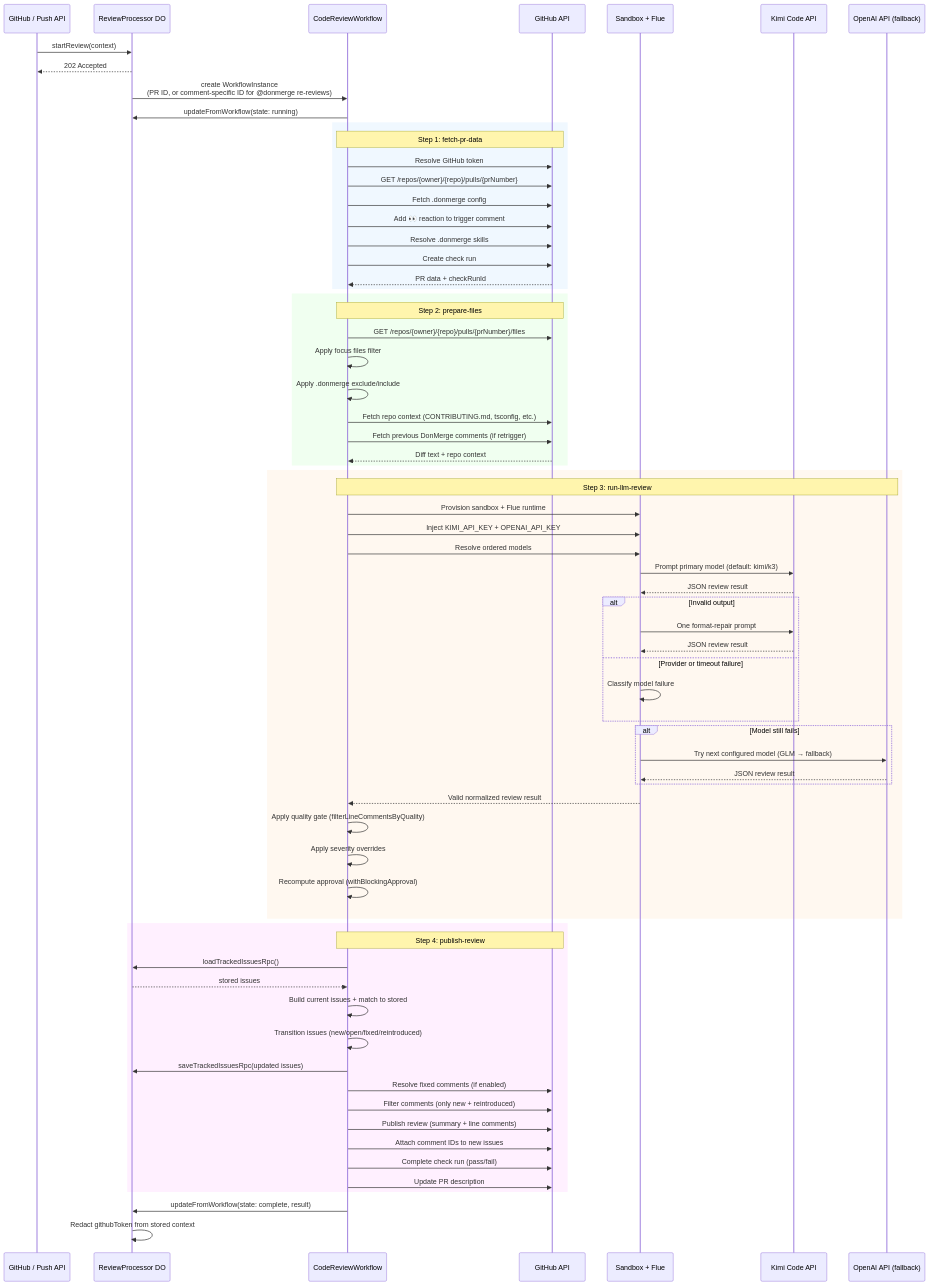
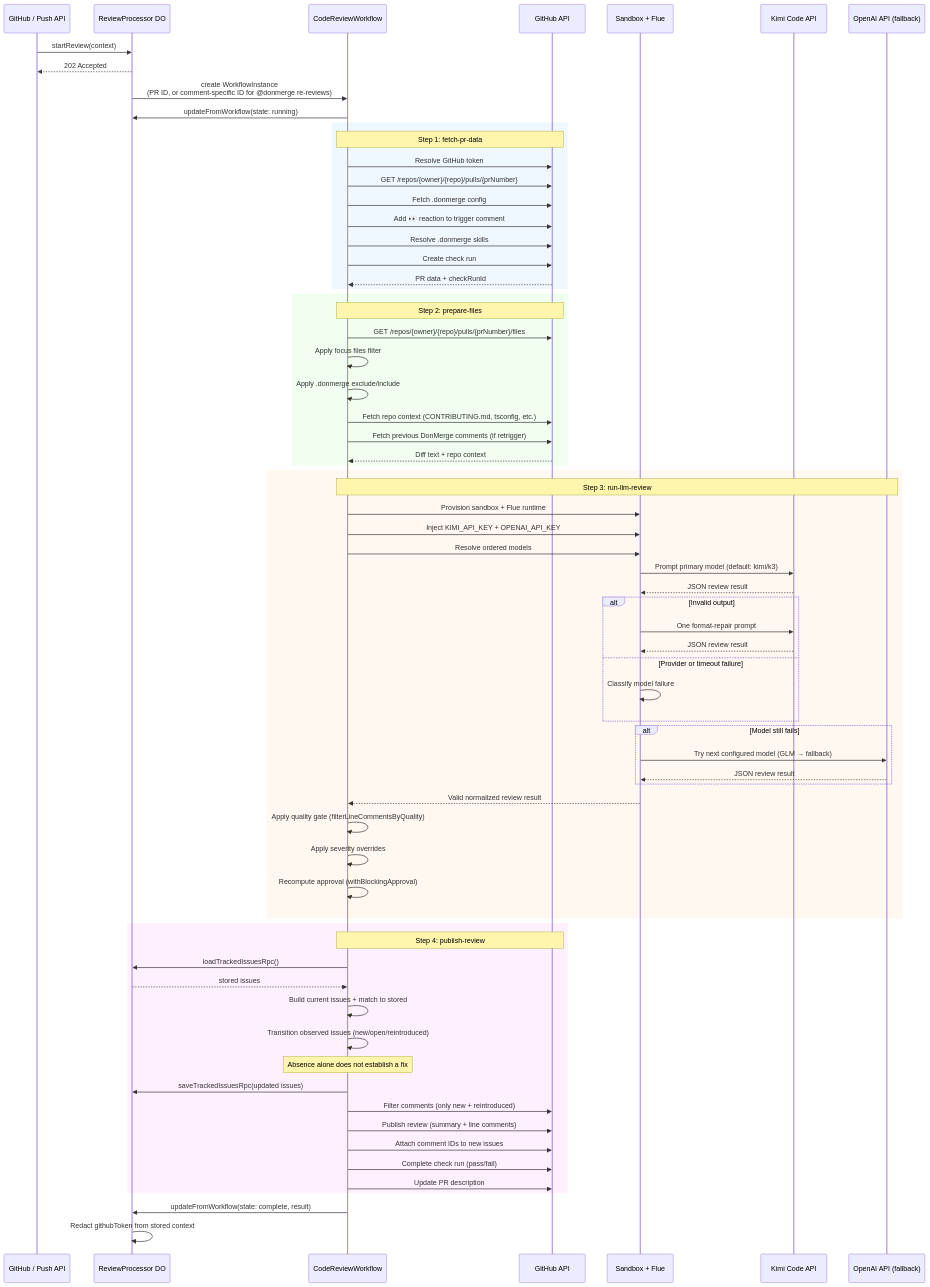
Before and after one commit to mauroziux/donmerge: the second of 7 diagrams in docs/ARCHITECTURE.md, drawn with Mermaid. The commit also changed other lines of this file and 7 other files, not shown here.

````diff
--- a/docs/ARCHITECTURE.md
+++ b/docs/ARCHITECTURE.md
@@ -91,79 +91,79 @@
 ```mermaid
 sequenceDiagram
     participant GH as GitHub / Push API
     participant DO as ReviewProcessor DO
     participant WF as CodeReviewWorkflow
     participant GA as GitHub API
     participant SB as Sandbox + Flue
     participant KIMI as Kimi Code API
     participant OAI as OpenAI API (fallback)
 
     GH->>DO: startReview(context)
     DO-->>GH: 202 Accepted
 
     DO->>WF: create WorkflowInstance<br/>(PR ID, or comment-specific ID for @donmerge re-reviews)
 
     WF->>DO: updateFromWorkflow(state: running)
 
     rect rgb(240, 248, 255)
         Note over WF,GA: Step 1: fetch-pr-data
         WF->>GA: Resolve GitHub token
         WF->>GA: GET /repos/{owner}/{repo}/pulls/{prNumber}
         WF->>GA: Fetch .donmerge config
         WF->>GA: Add 👀 reaction to trigger comment
         WF->>GA: Resolve .donmerge skills
         WF->>GA: Create check run
         GA-->>WF: PR data + checkRunId
     end
 
     rect rgb(240, 255, 240)
         Note over WF,GA: Step 2: prepare-files
         WF->>GA: GET /repos/{owner}/{repo}/pulls/{prNumber}/files
         WF->>WF: Apply focus files filter
         WF->>WF: Apply .donmerge exclude/include
         WF->>GA: Fetch repo context (CONTRIBUTING.md, tsconfig, etc.)
         WF->>GA: Fetch previous DonMerge comments (if retrigger)
         GA-->>WF: Diff text + repo context
     end
 
     rect rgb(255, 248, 240)
         Note over WF,OAI: Step 3: run-llm-review
         WF->>SB: Provision sandbox + Flue runtime
         WF->>SB: Inject KIMI_API_KEY + OPENAI_API_KEY
         WF->>SB: Resolve ordered models
         SB->>KIMI: Prompt primary model (default: kimi/k3)
         KIMI-->>SB: JSON review result
         alt Invalid output
             SB->>KIMI: One format-repair prompt
             KIMI-->>SB: JSON review result
         else Provider or timeout failure
             SB->>SB: Classify model failure
         end
         alt Model still fails
             SB->>OAI: Try next configured model (GLM → fallback)
             OAI-->>SB: JSON review result
         end
         SB-->>WF: Valid normalized review result
         WF->>WF: Apply quality gate (filterLineCommentsByQuality)
         WF->>WF: Apply severity overrides
         WF->>WF: Recompute approval (withBlockingApproval)
     end
 
     rect rgb(255, 240, 255)
         Note over WF,GA: Step 4: publish-review
         WF->>DO: loadTrackedIssuesRpc()
         DO-->>WF: stored issues
         WF->>WF: Build current issues + match to stored
-        WF->>WF: Transition issues (new/open/fixed/reintroduced)
+        WF->>WF: Transition observed issues (new/open/reintroduced)
+        Note over WF: Absence alone does not establish a fix
         WF->>DO: saveTrackedIssuesRpc(updated issues)
-        WF->>GA: Resolve fixed comments (if enabled)
         WF->>GA: Filter comments (only new + reintroduced)
         WF->>GA: Publish review (summary + line comments)
         WF->>GA: Attach comment IDs to new issues
         WF->>GA: Complete check run (pass/fail)
         WF->>GA: Update PR description
     end
 
     WF->>DO: updateFromWorkflow(state: complete, result)
     DO->>DO: Redact githubToken from stored context
 ```
````
